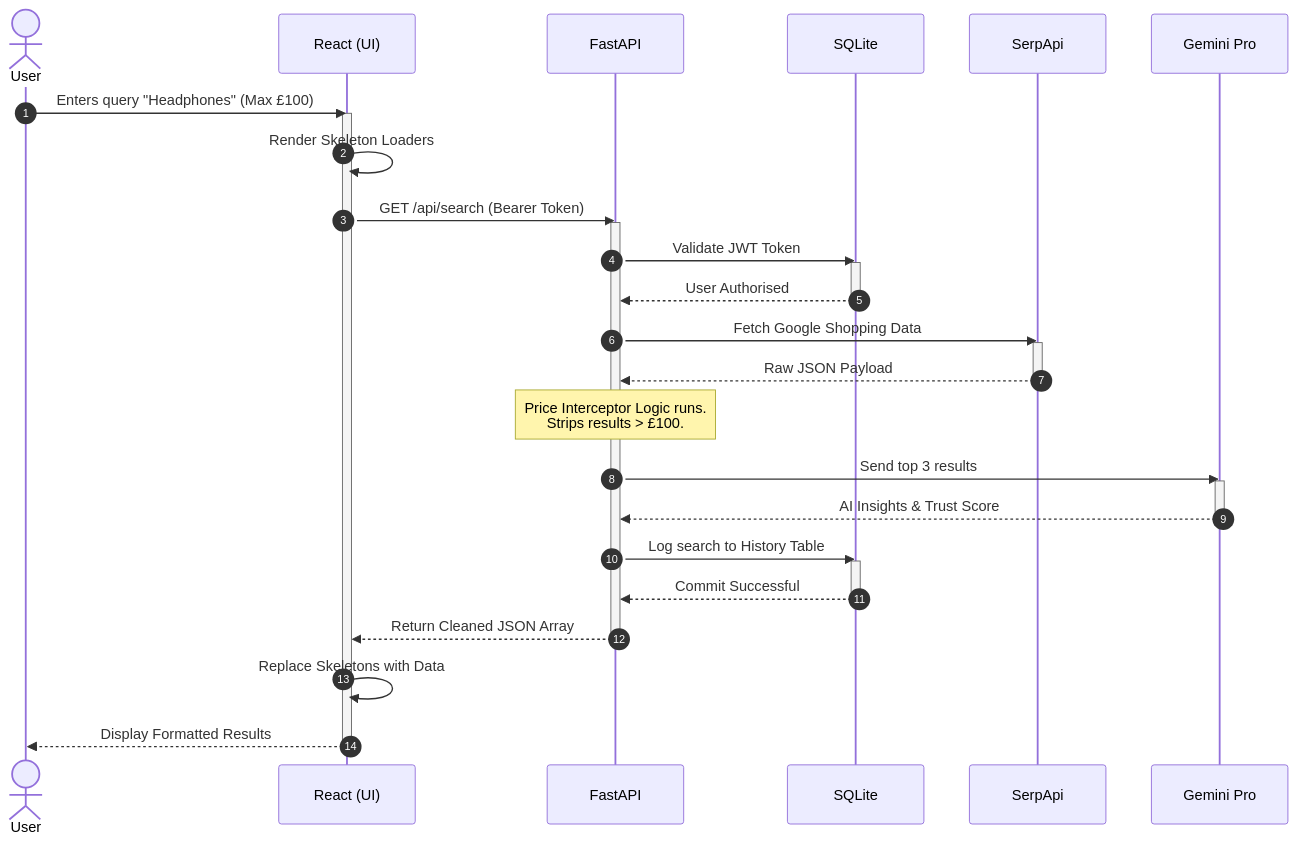
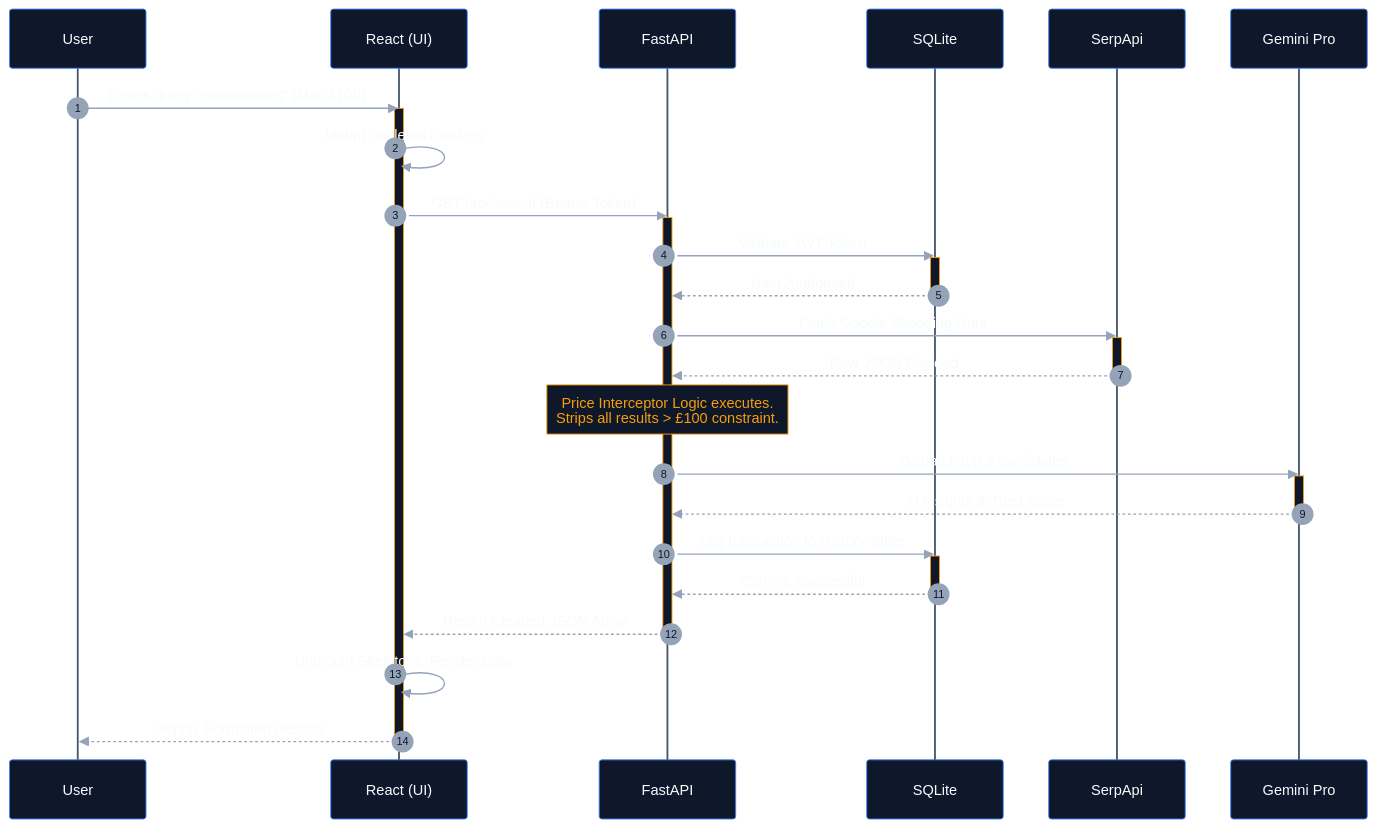
One commit to SriVigneswaran7/Honey-Hive changed the second of 3 diagrams in SystemModelling.md. Above: the diagram before and after it, drawn with Mermaid. The commit also changed other lines of this file, not shown here.

First line of the commit message:
Enhance UML diagrams and sequence model

````diff
--- a/SystemModelling.md
+++ b/SystemModelling.md
@@ -71,47 +99,67 @@
 ```mermaid
+%%{init: {
+  'theme': 'base',
+  'themeVariables': {
+    'fontFamily': 'sans-serif',
+    'background': 'transparent',
+    'actorBkg': '#0f172a',
+    'actorBorder': '#3b82f6',
+    'actorTextColor': '#f8fafc',
+    'actorLineColor': '#475569',
+    'signalColor': '#94a3b8',
+    'signalTextColor': '#f8fafc',
+    'noteBkgColor': '#0f172a',
+    'noteBorderColor': '#f59e0b',
+    'noteTextColor': '#f59e0b',
+    'activationBorderColor': '#f59e0b',
+    'activationBkgColor': '#0f172a',
+    'sequenceNumberColor': '#0f172a'
+  }
+}}%%
 sequenceDiagram
     autonumber
     
-    actor U as User
+    participant U as User
     participant FE as React (UI)
     participant API as FastAPI
     participant DB as SQLite
     participant Serp as SerpApi
     participant Gem as Gemini Pro
 
     U->>FE: Enters query "Headphones" (Max £100)
     activate FE
-    FE->>FE: Render Skeleton Loaders
+    FE->>FE: Mount Skeleton Loaders
     
     FE->>API: GET /api/search (Bearer Token)
     activate API
     
     API->>DB: Validate JWT Token
     activate DB
     DB-->>API: User Authorised
     deactivate DB
     
     API->>Serp: Fetch Google Shopping Data
     activate Serp
     Serp-->>API: Raw JSON Payload
     deactivate Serp
     
-    Note over API: Price Interceptor Logic runs.<br/>Strips results > £100.
+    %% Clean, glowing system event note (Removed the clunky red rect)
+    Note over API: Price Interceptor Logic executes.<br/>Strips all results > £100 constraint.
     
-    API->>Gem: Send top 3 results
+    API->>Gem: Dispatch top 3 candidates
     activate Gem
     Gem-->>API: AI Insights & Trust Score
     deactivate Gem
     
-    API->>DB: Log search to History Table
+    API->>DB: Log transaction to History Table
     activate DB
     DB-->>API: Commit Successful
     deactivate DB
     
     API-->>FE: Return Cleaned JSON Array
     deactivate API
     
-    FE->>FE: Replace Skeletons with Data
+    FE->>FE: Unmount Skeletons, Render Data
     FE-->>U: Display Formatted Results
     deactivate FE
 ```
````
